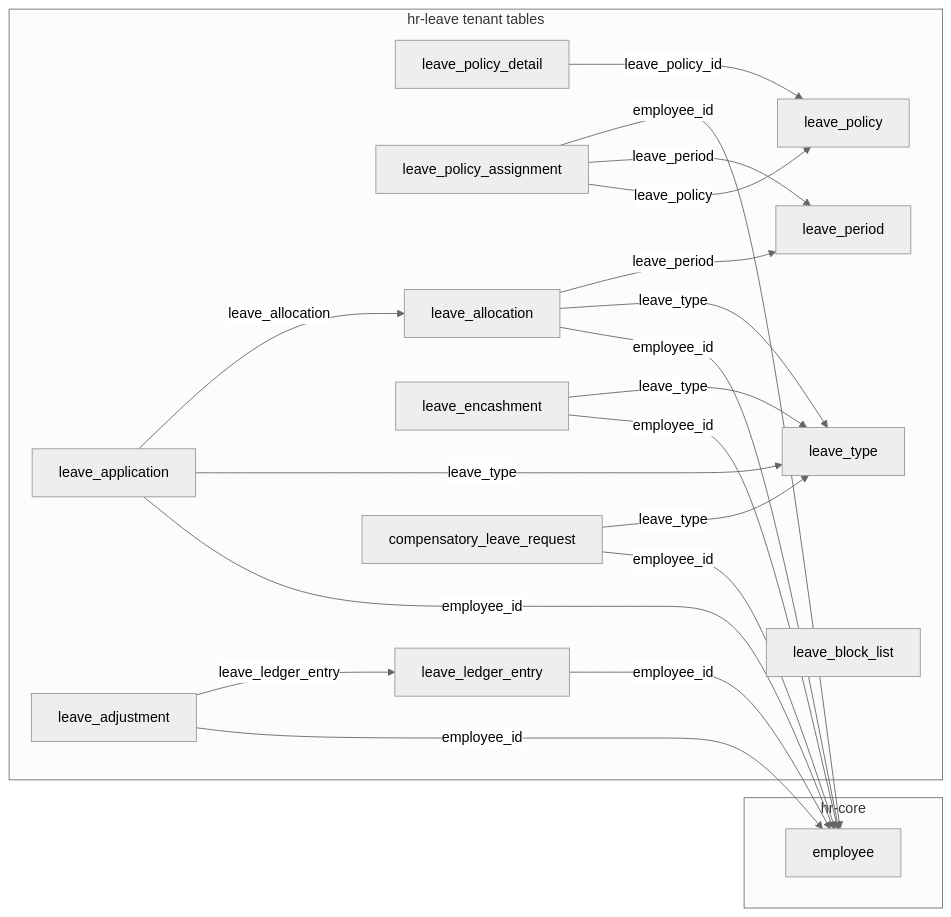
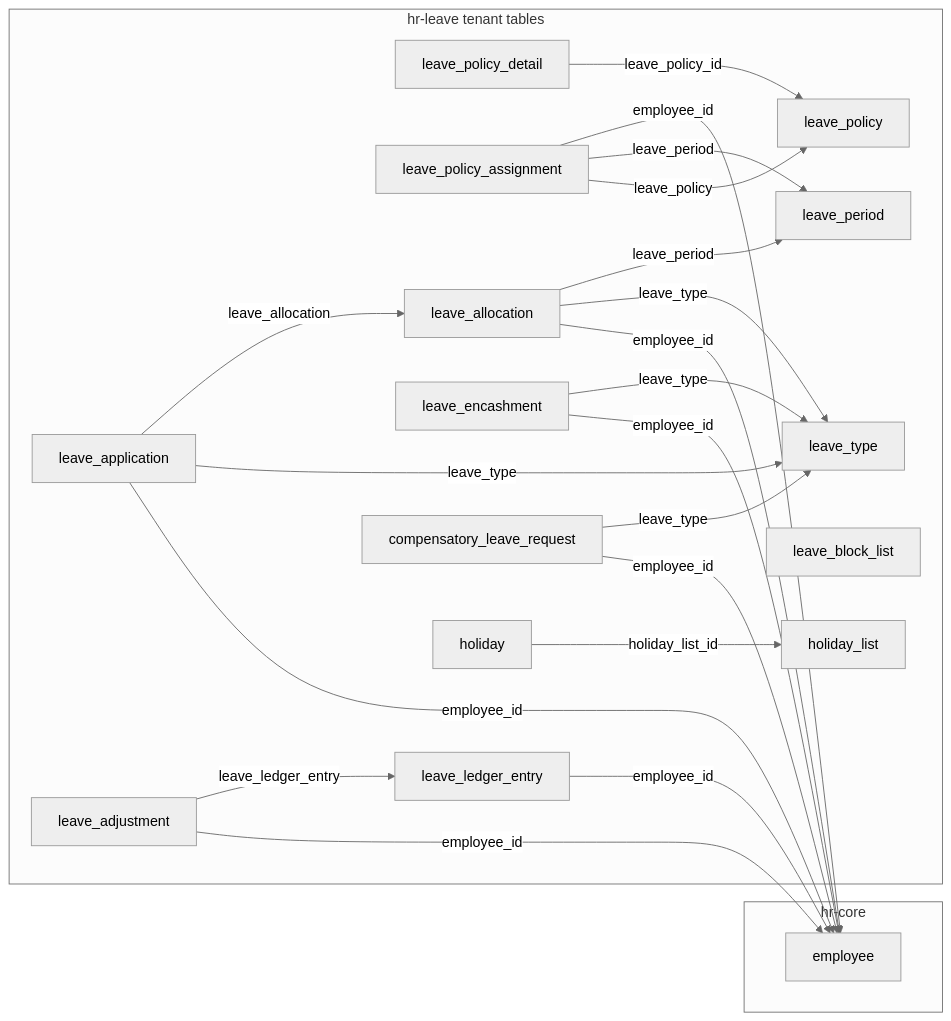
Before and after one commit to AdityaBorkar/aspen-os: the second of 2 diagrams in packages/hr-leave/docs/overview.mdx, drawn with Mermaid (neutral theme). The commit also changed other lines of this file and 41 other files, not shown here.

````diff
--- a/packages/hr-leave/docs/overview.mdx
+++ b/packages/hr-leave/docs/overview.mdx
@@ -83,39 +87,43 @@
 ```mermaid
 flowchart LR
   subgraph hrCore[hr-core]
     EMP[employee]
   end
 
   subgraph hrLeaveDomain[hr-leave tenant tables]
     LT[leave_type]
     LP[leave_period]
     LPO[leave_policy]
     LPD[leave_policy_detail]
     LPA[leave_policy_assignment]
     LA[leave_allocation]
     LAP[leave_application]
     LE[leave_encashment]
     LBL[leave_block_list]
     LADJ[leave_adjustment]
     LLE[leave_ledger_entry]
     CLR[compensatory_leave_request]
+    HL[holiday_list]
+    HOL[holiday]
   end
+
+  HOL -->|holiday_list_id| HL
 
   LPD -->|leave_policy_id| LPO
   LPA -->|leave_policy| LPO
   LPA -->|leave_period| LP
   LPA -->|employee_id| EMP
   LA -->|employee_id| EMP
   LA -->|leave_type| LT
   LA -->|leave_period| LP
   LAP -->|employee_id| EMP
   LAP -->|leave_type| LT
   LAP -->|leave_allocation| LA
   LE -->|employee_id| EMP
   LE -->|leave_type| LT
   LADJ -->|employee_id| EMP
   LADJ -->|leave_ledger_entry| LLE
   LLE -->|employee_id| EMP
   CLR -->|employee_id| EMP
   CLR -->|leave_type| LT
 ```
````
